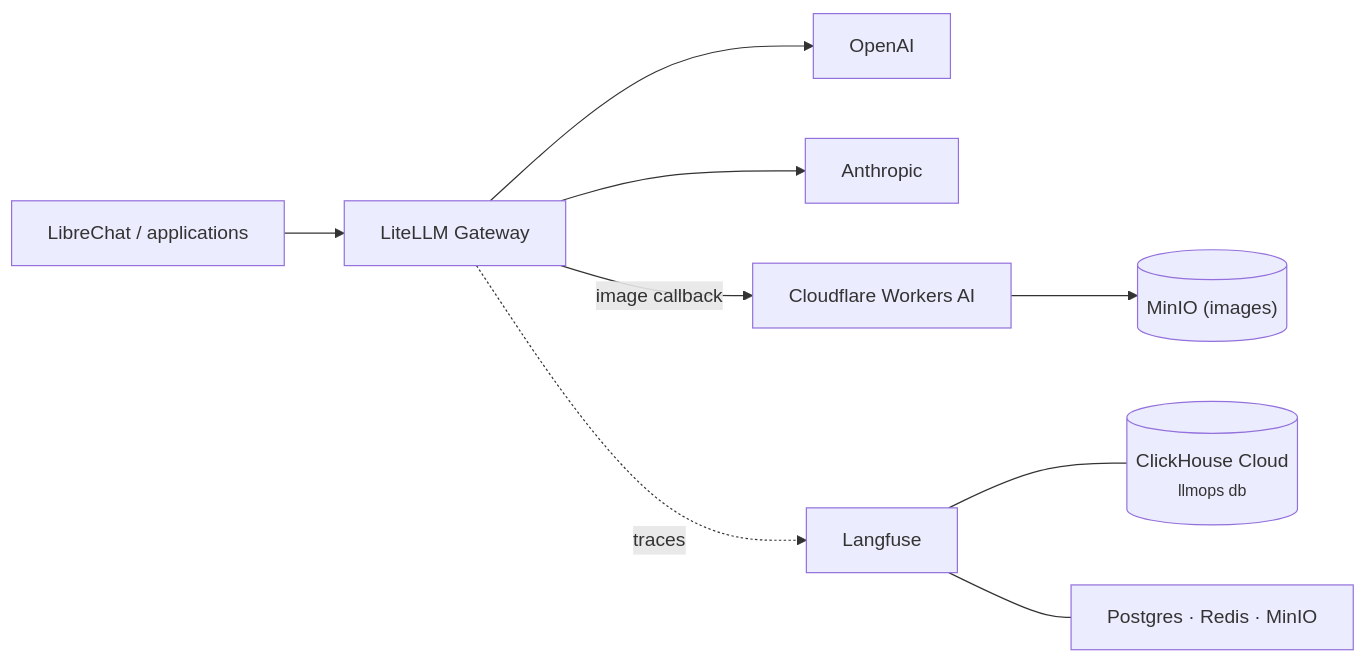
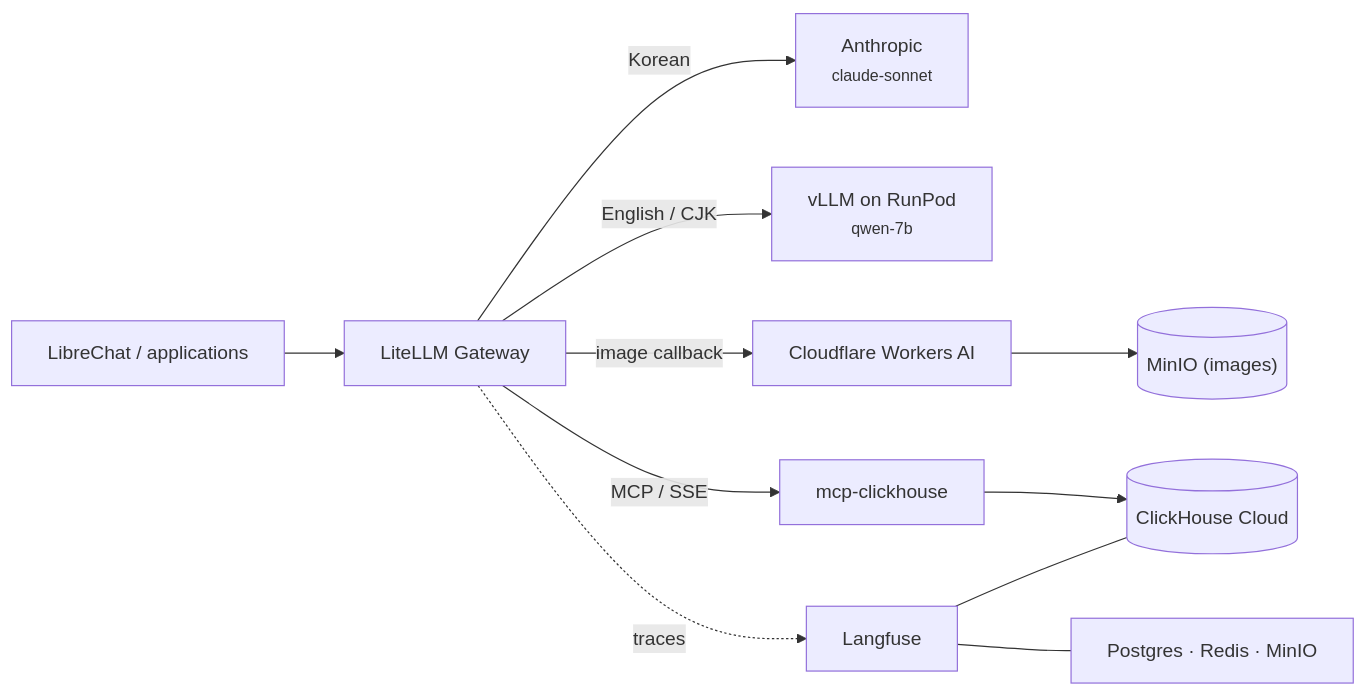
Before and after one commit to litkhai/llmops-in-a-box: the second of 2 diagrams in docs/index.md, drawn with Mermaid. The commit also changed other lines of this file and 14 other files, not shown here.

````diff
--- a/docs/index.md
+++ b/docs/index.md
@@ -235,20 +226,22 @@
 ```mermaid
 flowchart LR
     C["LibreChat / applications"]
     G["LiteLLM Gateway"]
-    O["OpenAI"]
-    A["Anthropic"]
+    A["Anthropic<br/><small>claude-sonnet</small>"]
+    V["vLLM on RunPod<br/><small>qwen-7b</small>"]
     CF["Cloudflare Workers AI"]
     IMGMI[("MinIO (images)")]
+    M["mcp-clickhouse"]
+    CHC[("ClickHouse Cloud")]
     L["Langfuse"]
-    CH[("ClickHouse Cloud<br/><small>llmops db</small>")]
     D["Postgres · Redis · MinIO"]
 
     C --> G
-    G --> O
-    G --> A
+    G --"Korean"--> A
+    G --"English / CJK"--> V
     G --"image callback"--> CF --> IMGMI
+    G --"MCP / SSE"--> M --> CHC
     G -. traces .-> L
-    L --- CH
+    L --- CHC
     L --- D
 ```
````
